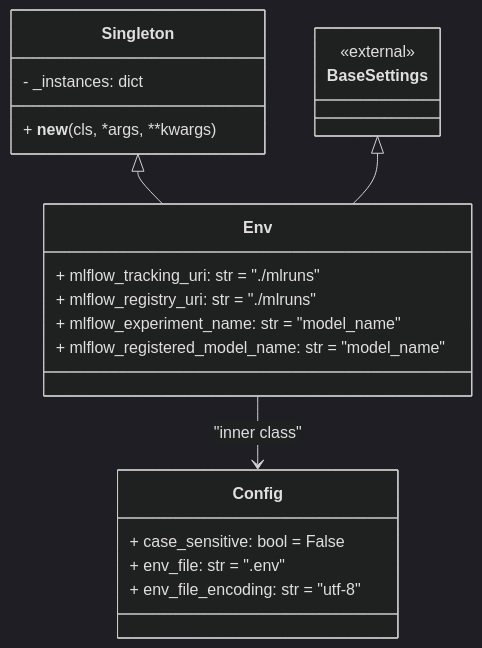
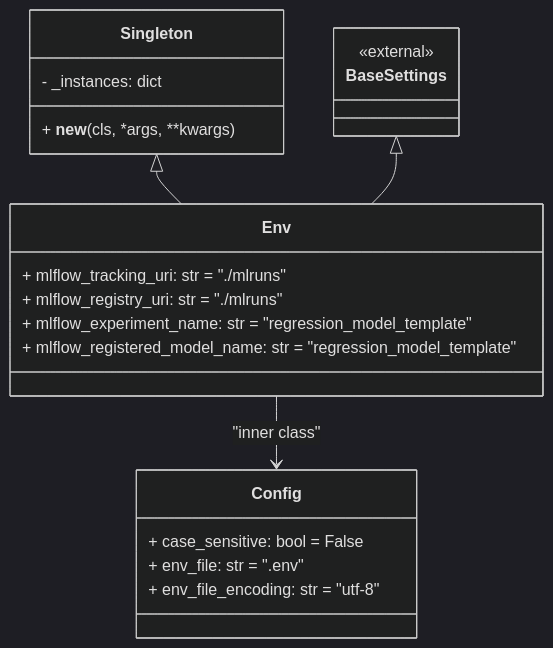
Before and after one commit to fmind/mlops-python-package: the diagram in Documents/OSvariables_stories.md, drawn with Mermaid (dark theme). The commit also changed other lines of this file and 85 other files, not shown here.

Commit message:
modifed name to regression

````diff
--- a/Documents/OSvariables_stories.md
+++ b/Documents/OSvariables_stories.md
@@ -18,30 +18,30 @@
 ```mermaid
 classDiagram
     Singleton <|-- Env
     BaseSettings <|-- Env
 
     class Singleton {
         - _instances: dict
         + __new__(cls, *args, **kwargs)
     }
 
     class BaseSettings {
         <<external>>
     }
 
     class Env {
         + mlflow_tracking_uri: str = "./mlruns"
         + mlflow_registry_uri: str = "./mlruns"
-        + mlflow_experiment_name: str = "model_name"
-        + mlflow_registered_model_name: str = "model_name"
+        + mlflow_experiment_name: str = "regression_model_template"
+        + mlflow_registered_model_name: str = "regression_model_template"
     }
 
     class Config {
         + case_sensitive: bool = False
         + env_file: str = ".env"
         + env_file_encoding: str = "utf-8"
     }
 
     Env --> Config : "inner class"
 
 ```
````
